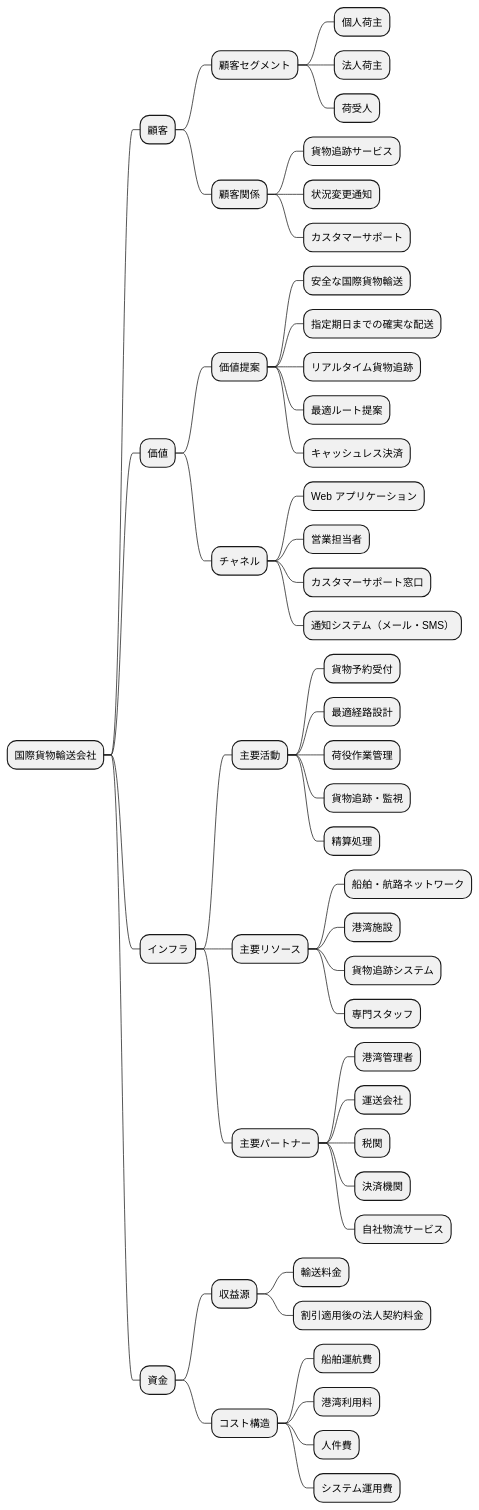
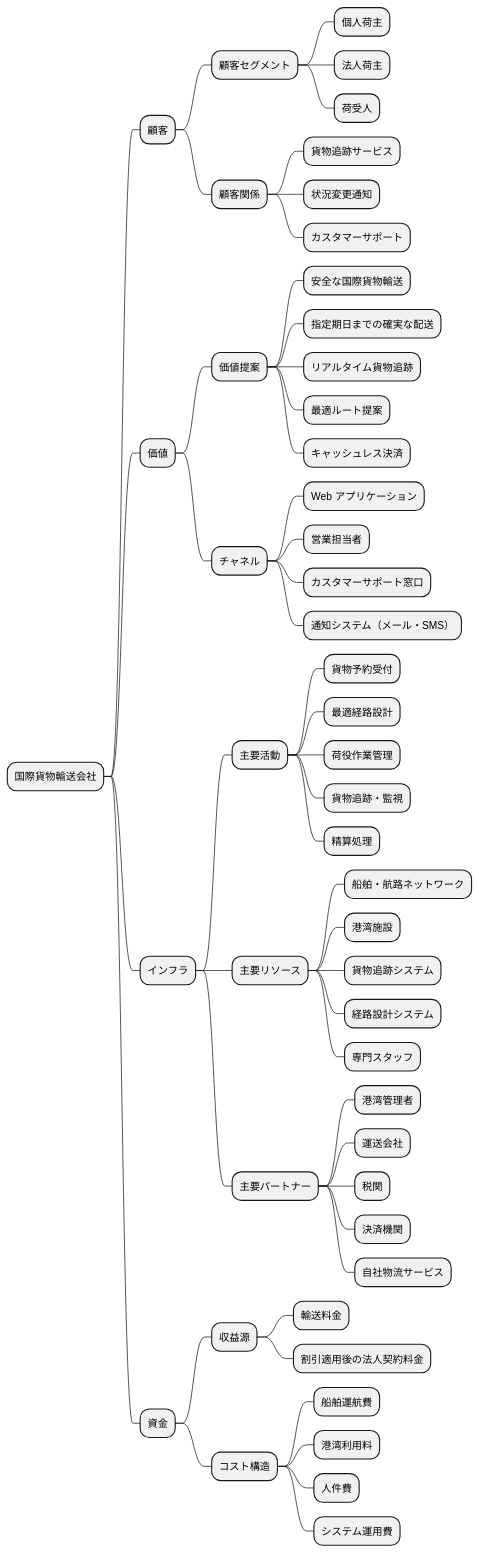
Before and after one commit to k2works/case-study-cargo-tracker: the first of 12 diagrams in docs/strategy/business_architecture.md, drawn with PlantUML. The commit also changed other lines of this file and 1 other file, not shown here.

````diff
--- a/docs/strategy/business_architecture.md
+++ b/docs/strategy/business_architecture.md
@@ -27,55 +27,56 @@
 ```plantuml
 @startmindmap
 
 * 国際貨物輸送会社
 ** 顧客
 *** 顧客セグメント
 **** 個人荷主
 **** 法人荷主
 **** 荷受人
 *** 顧客関係
 **** 貨物追跡サービス
 **** 状況変更通知
 **** カスタマーサポート
 ** 価値
 *** 価値提案
 **** 安全な国際貨物輸送
 **** 指定期日までの確実な配送
 **** リアルタイム貨物追跡
 **** 最適ルート提案
 **** キャッシュレス決済
 *** チャネル
 **** Web アプリケーション
 **** 営業担当者
 **** カスタマーサポート窓口
 **** 通知システム（メール・SMS）
 ** インフラ
 *** 主要活動
 **** 貨物予約受付
 **** 最適経路設計
 **** 荷役作業管理
 **** 貨物追跡・監視
 **** 精算処理
 *** 主要リソース
 **** 船舶・航路ネットワーク
 **** 港湾施設
 **** 貨物追跡システム
+**** 経路設計システム
 **** 専門スタッフ
 *** 主要パートナー
 **** 港湾管理者
 **** 運送会社
 **** 税関
 **** 決済機関
 **** 自社物流サービス
 ** 資金
 *** 収益源
 **** 輸送料金
 **** 割引適用後の法人契約料金
 *** コスト構造
 **** 船舶運航費
 **** 港湾利用料
 **** 人件費
 **** システム運用費
 
 @endmindmap
 ```
````
